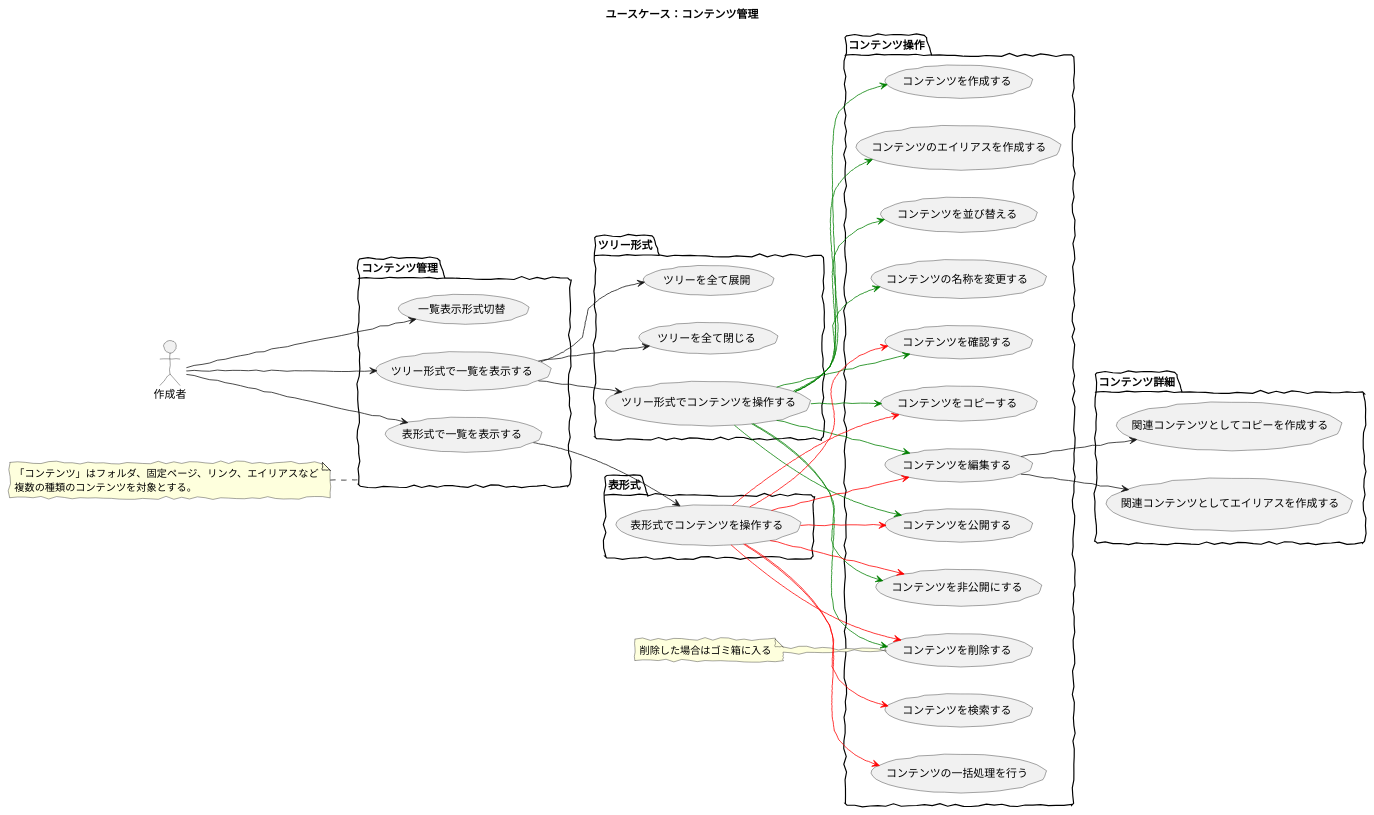
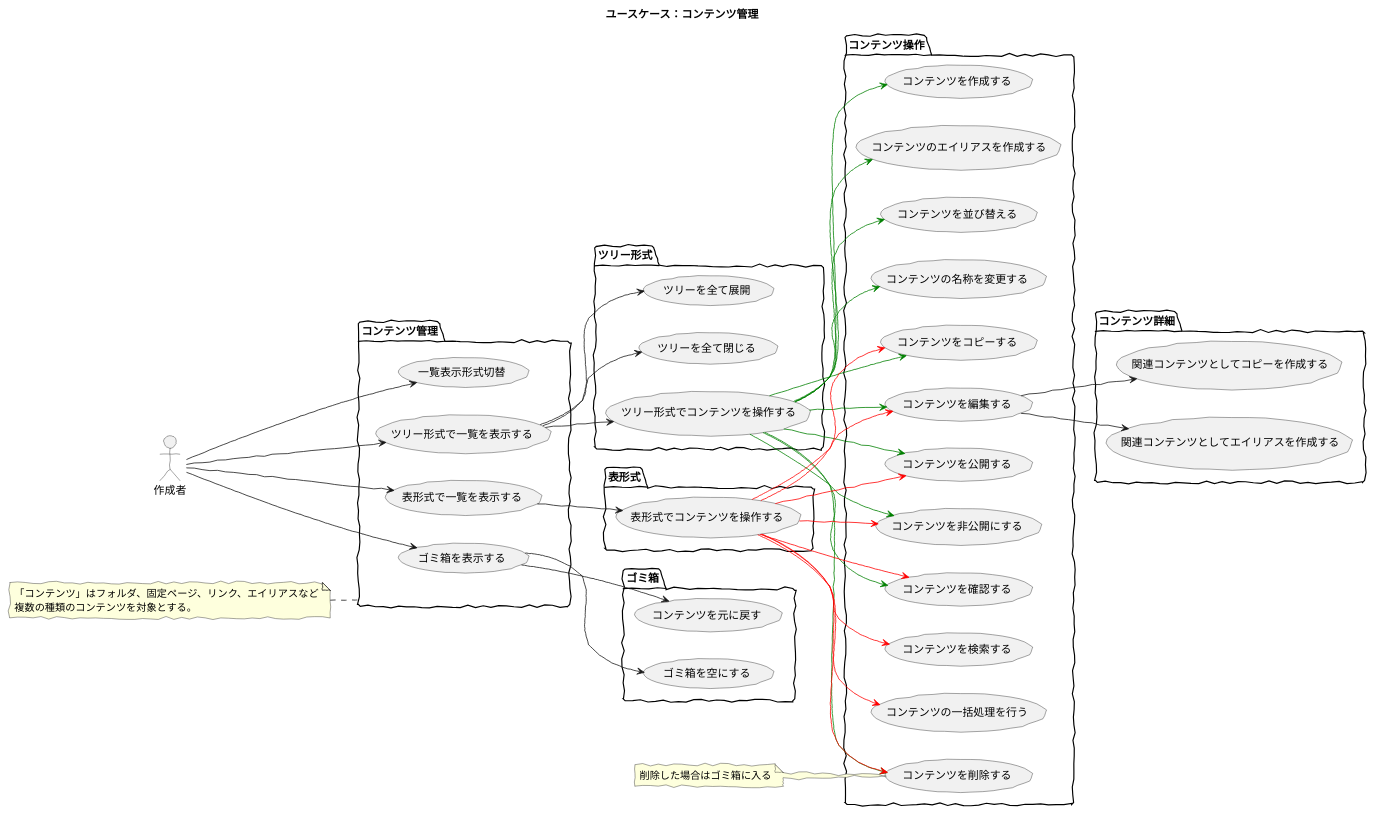
The diagram in src/puml/5/ucmitz/svg/use_case/contents.puml (baserproject/baserproject.github.io), drawn with PlantUML before and after one commit. The commit also changed 2 other files, not shown here.

```diff
--- a/src/puml/5/ucmitz/svg/use_case/contents.puml
+++ b/src/puml/5/ucmitz/svg/use_case/contents.puml
@@ -1,63 +1,69 @@
 @startuml
 skinparam handwritten true
 skinparam backgroundColor white
 
 title ユースケース：コンテンツ管理
 
 left to right direction
 
 actor 作成者
 
 package コンテンツ管理 {
 	作成者 --> (ツリー形式で一覧を表示する)
 	作成者 --> (表形式で一覧を表示する)
 	作成者 --> (一覧表示形式切替)
+	作成者 --> (ゴミ箱を表示する)
 }
 
 package ツリー形式 {
 	(ツリー形式で一覧を表示する) --> (ツリー形式でコンテンツを操作する) 
 	(ツリー形式で一覧を表示する) --> (ツリーを全て展開)
 	(ツリー形式で一覧を表示する) --> (ツリーを全て閉じる)
 }
 
 package 表形式 {
 	(表形式で一覧を表示する) --> (表形式でコンテンツを操作する) 
+}
+
+package ゴミ箱 {
+	(ゴミ箱を表示する) --> (コンテンツを元に戻す) 
+	(ゴミ箱を表示する) --> (ゴミ箱を空にする)
 }
 
 package コンテンツ操作 {
 	(ツリー形式でコンテンツを操作する) -[#green]-> (コンテンツを作成する)
 	(ツリー形式でコンテンツを操作する) -[#green]-> (コンテンツのエイリアスを作成する)
 	(ツリー形式でコンテンツを操作する) -[#green]-> (コンテンツを並び替える)
 	(ツリー形式でコンテンツを操作する) -[#green]-> (コンテンツの名称を変更する)
 	(ツリー形式でコンテンツを操作する) -[#green]-> (コンテンツを編集する)
 	(ツリー形式でコンテンツを操作する) -[#green]-> (コンテンツを公開する)
 	(ツリー形式でコンテンツを操作する) -[#green]-> (コンテンツを非公開にする)
 	(ツリー形式でコンテンツを操作する) -[#green]-> (コンテンツを確認する)
 	(ツリー形式でコンテンツを操作する) -[#green]-> (コンテンツをコピーする)
 	(ツリー形式でコンテンツを操作する) -[#green]-> (コンテンツを削除する)
 	(表形式でコンテンツを操作する) -[#red]-> (コンテンツを編集する)
 	(表形式でコンテンツを操作する) -[#red]-> (コンテンツを公開する)
 	(表形式でコンテンツを操作する) -[#red]-> (コンテンツを非公開にする)
 	(表形式でコンテンツを操作する) -[#red]-> (コンテンツを確認する)
 	(表形式でコンテンツを操作する) -[#red]-> (コンテンツをコピーする)
 	(表形式でコンテンツを操作する) -[#red]-> (コンテンツを削除する)
 	(表形式でコンテンツを操作する) -[#red]-> (コンテンツを検索する)
 	(表形式でコンテンツを操作する) -[#red]-> (コンテンツの一括処理を行う)
 }
 
 package コンテンツ詳細 {
 	(コンテンツを編集する) --> (関連コンテンツとしてコピーを作成する)
 	(コンテンツを編集する) --> (関連コンテンツとしてエイリアスを作成する)
 }
 
 	
 note left of コンテンツ管理
 「コンテンツ」はフォルダ、固定ページ、リンク、エイリアスなど
 複数の種類のコンテンツを対象とする。
 endnote
 
 note left of (コンテンツを削除する)
 削除した場合はゴミ箱に入る
 endnote
 
 @enduml
```
